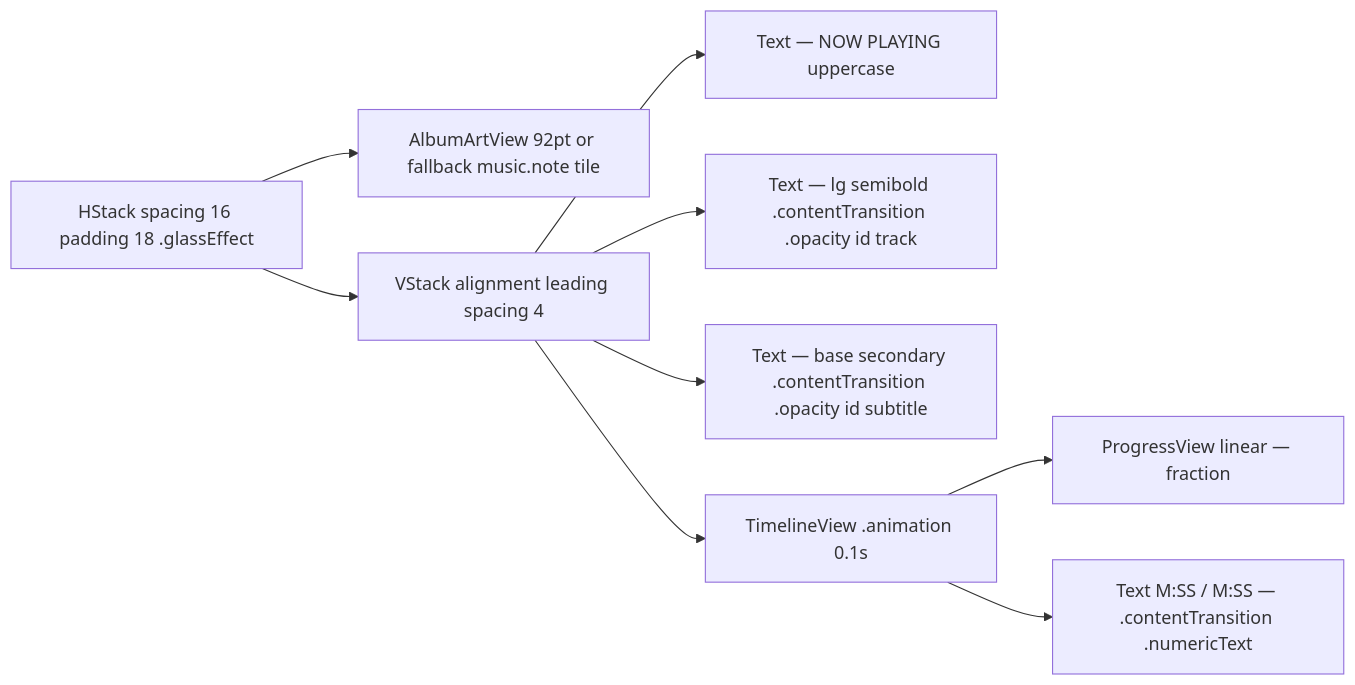
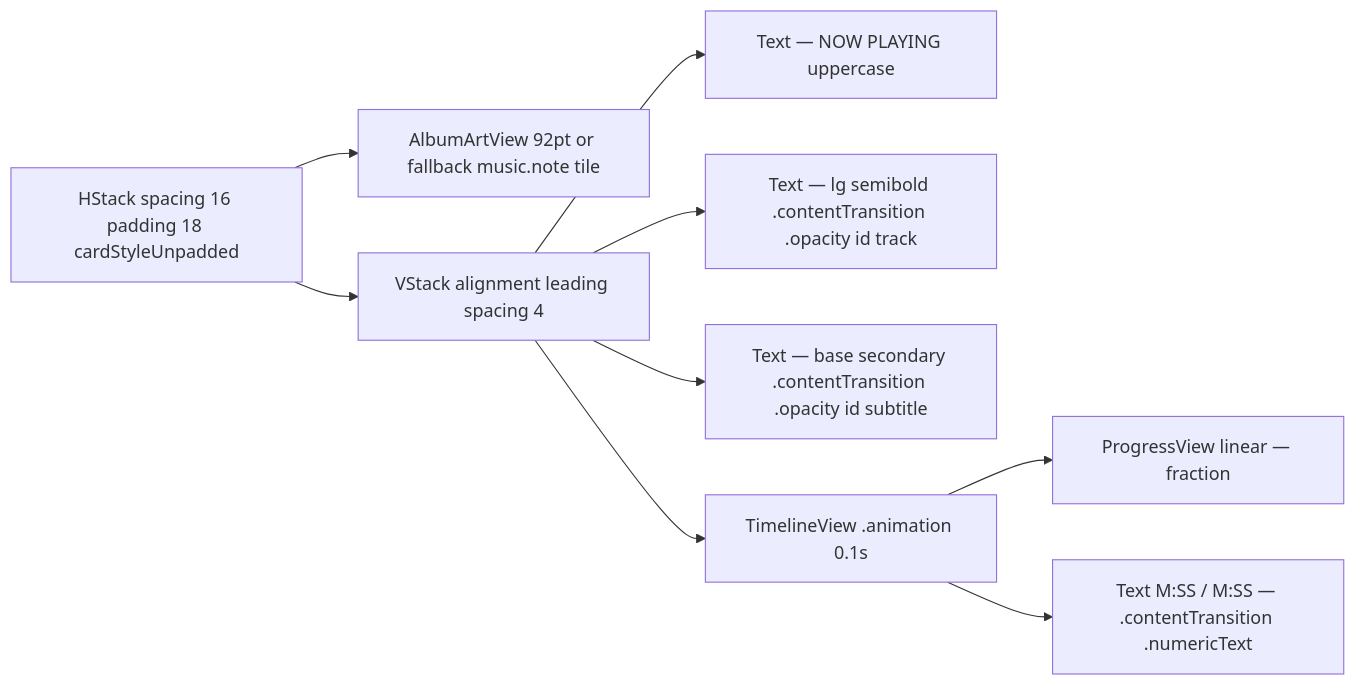
One commit to MrDemonWolf/wolfwave changed the diagram in design-system/components/now-playing-hero-card.md. Above: the diagram before and after it, drawn with Mermaid. The commit also changed other lines of this file and 2 other files, not shown here.

````diff
--- a/design-system/components/now-playing-hero-card.md
+++ b/design-system/components/now-playing-hero-card.md
@@ -50,11 +50,11 @@
 ```mermaid
 graph LR
-  Card[HStack spacing 16 padding 18 .glassEffect] --> Art[AlbumArtView 92pt or fallback music.note tile]
+  Card[HStack spacing 16 padding 18 cardStyleUnpadded] --> Art[AlbumArtView 92pt or fallback music.note tile]
   Card --> Text[VStack alignment leading spacing 4]
   Text --> Eyebrow[Text — NOW PLAYING uppercase]
   Text --> Title[Text — lg semibold .contentTransition .opacity id track]
   Text --> Subtitle[Text — base secondary .contentTransition .opacity id subtitle]
   Text --> Progress[TimelineView .animation 0.1s]
   Progress --> Bar[ProgressView linear — fraction]
   Progress --> Stamp[Text M:SS / M:SS — .contentTransition .numericText]
 ```
````
